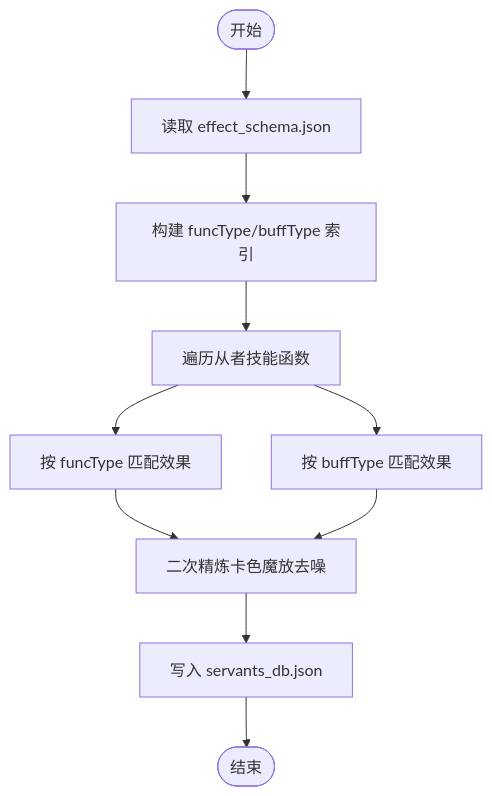
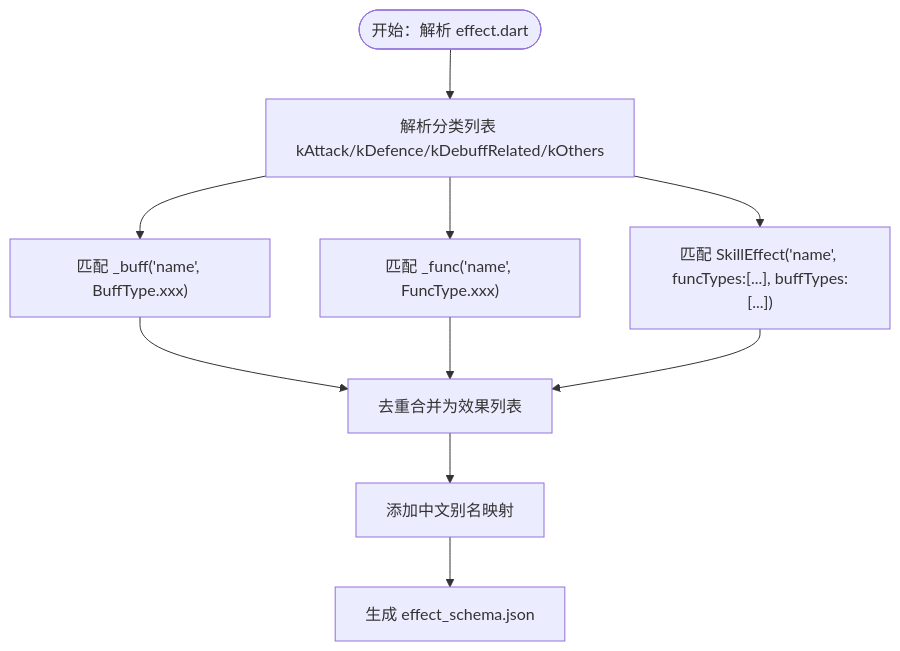
One commit to kanoha222/Laplace changed the third of 8 diagrams in .qoder/repowiki/zh/content/知识库系统/知识库系统.md. Above: the diagram before and after it, drawn with Mermaid. The commit also changed other lines of this file and 54 other files, not shown here.

````diff
--- a/.qoder/repowiki/zh/content/知识库系统/知识库系统.md
+++ b/.qoder/repowiki/zh/content/知识库系统/知识库系统.md
@@ -174,12 +170,12 @@
 ```mermaid
 flowchart TD
-Start(["开始"]) --> Load["读取 effect_schema.json"]
-Load --> BuildIndex["构建 funcType/buffType 索引"]
-BuildIndex --> ExtractSkills["遍历从者技能函数"]
-ExtractSkills --> MatchByFunc["按 funcType 匹配效果"]
-ExtractSkills --> MatchByBuff["按 buffType 匹配效果"]
-MatchByFunc --> Refine["二次精炼卡色魔放去噪"]
-MatchByBuff --> Refine
-Refine --> Save["写入 servants_db.json"]
-Save --> End(["结束"])
+Start(["开始：解析 effect.dart"]) --> Cat["解析分类列表 kAttack/kDefence/kDebuffRelated/kOthers"]
+Cat --> Parse1["匹配 _buff('name', BuffType.xxx)"]
+Cat --> Parse2["匹配 _func('name', FuncType.xxx)"]
+Cat --> Parse3["匹配 SkillEffect('name', funcTypes:[...], buffTypes:[...])"]
+Parse1 --> Merge["去重合并为效果列表"]
+Parse2 --> Merge
+Parse3 --> Merge
+Merge --> Aliases["添加中文别名映射"]
+Aliases --> Output["生成 effect_schema.json"]
 ```
````
